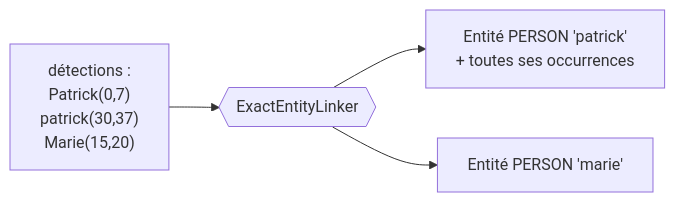
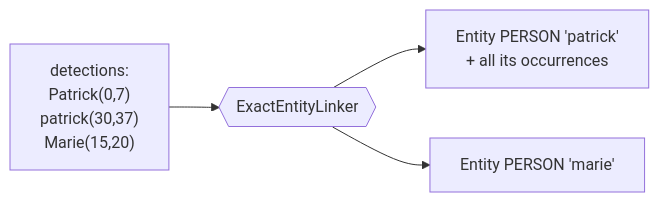
The second of 4 diagrams in docs/en/conception.md (Athroniaeth/piighost), drawn with Mermaid before and after one commit. The commit also changed other lines of this file and 77 other files, not shown here.

````diff
--- a/docs/en/conception.md
+++ b/docs/en/conception.md
@@ -106,6 +106,6 @@
 ```mermaid
 flowchart LR
-    D["détections :\nPatrick(0,7)\npatrick(30,37)\nMarie(15,20)"] --> L{{"ExactEntityLinker"}}
-    L --> E1["Entité PERSON 'patrick'\n+ toutes ses occurrences"]
-    L --> E2["Entité PERSON 'marie'"]
+    D["detections:\nPatrick(0,7)\npatrick(30,37)\nMarie(15,20)"] --> L{{"ExactEntityLinker"}}
+    L --> E1["Entity PERSON 'patrick'\n+ all its occurrences"]
+    L --> E2["Entity PERSON 'marie'"]
 ```
````
